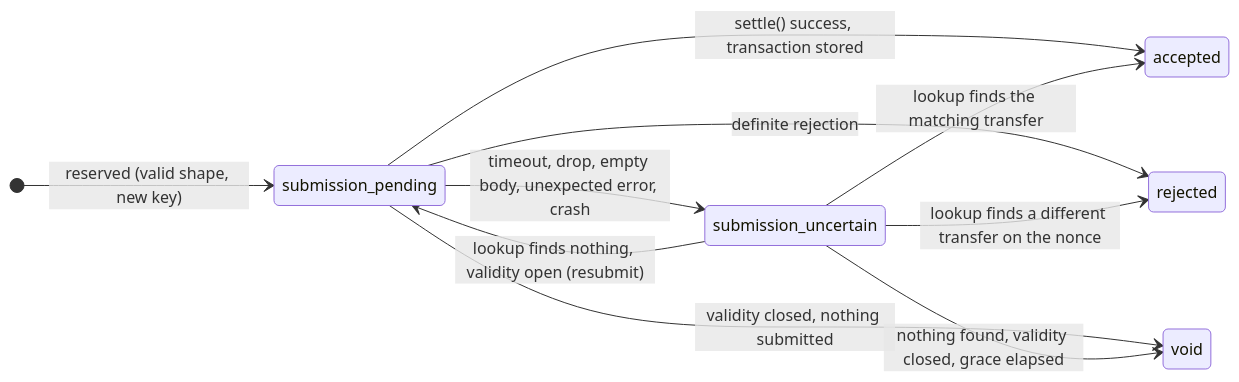
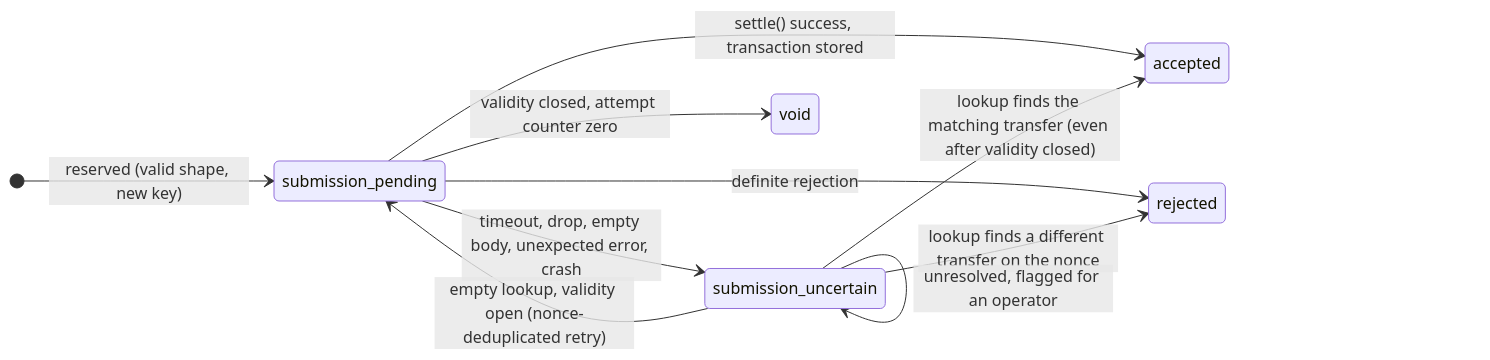
One commit to ozzyshaik-org/world-supersonic-public changed the first of 2 diagrams in docs/hackathon/01-x402-arc-gateway.md. Above: the diagram before and after it, drawn with Mermaid. The commit also changed other lines of this file and 1 other file, not shown here.

Commit message:
docs: remove uncertain-attempt auto-void, define payment requirements sourcing, scope Go API wording (specs 01 and 04)

````diff
--- a/docs/hackathon/01-x402-arc-gateway.md
+++ b/docs/hackathon/01-x402-arc-gateway.md
@@ -152,13 +152,13 @@
 ```mermaid
 stateDiagram-v2
     direction LR
     [*] --> submission_pending: reserved (valid shape, new key)
     submission_pending --> accepted: settle() success, transaction stored
     submission_pending --> rejected: definite rejection
     submission_pending --> submission_uncertain: timeout, drop, empty body, unexpected error, crash
-    submission_pending --> void: validity closed, nothing submitted
-    submission_uncertain --> accepted: lookup finds the matching transfer
+    submission_pending --> void: validity closed, attempt counter zero
+    submission_uncertain --> accepted: lookup finds the matching transfer (even after validity closed)
     submission_uncertain --> rejected: lookup finds a different transfer on the nonce
-    submission_uncertain --> submission_pending: lookup finds nothing, validity open (resubmit)
-    submission_uncertain --> void: nothing found, validity closed, grace elapsed
+    submission_uncertain --> submission_pending: empty lookup, validity open (nonce-deduplicated retry)
+    submission_uncertain --> submission_uncertain: unresolved, flagged for an operator
 ```
````
